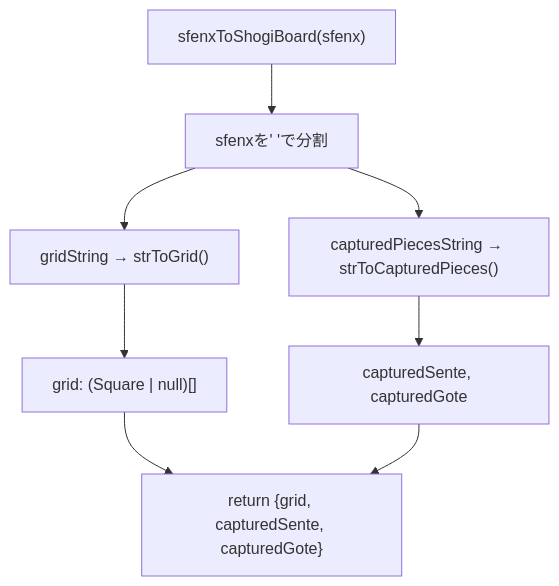
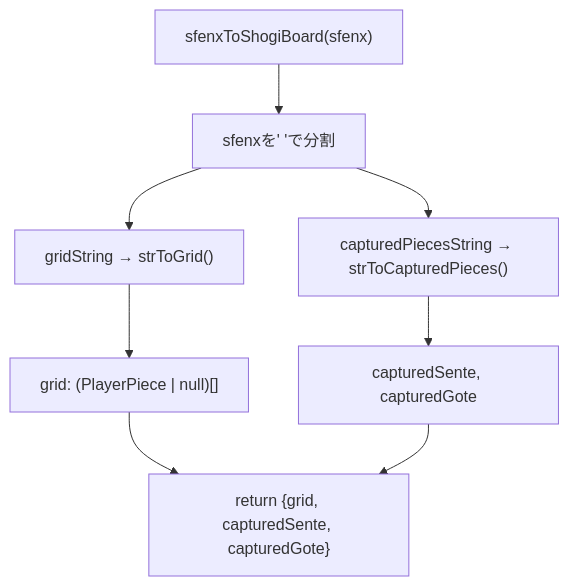
One commit to hashiryo/SvelteShogi changed the fifth of 6 diagrams in .qoder/repowiki/ja/content/Kifu Node System.md. Above: the diagram before and after it, drawn with Mermaid. The commit also changed 23 other files, not shown here.

````diff
--- a/.qoder/repowiki/ja/content/Kifu Node System.md
+++ b/.qoder/repowiki/ja/content/Kifu Node System.md
@@ -217,10 +217,10 @@
 ```mermaid
 flowchart TD
 A["sfenxToShogiBoard(sfenx)"] --> B["sfenxを' 'で分割"]
 B --> C["gridString → strToGrid()"]
 B --> D["capturedPiecesString → strToCapturedPieces()"]
-C --> E["grid: (Square | null)[]"]
+C --> E["grid: (PlayerPiece | null)[]"]
 D --> F["capturedSente, capturedGote"]
 E --> G["return {grid, capturedSente, capturedGote}"]
 F --> G
 ```
````
